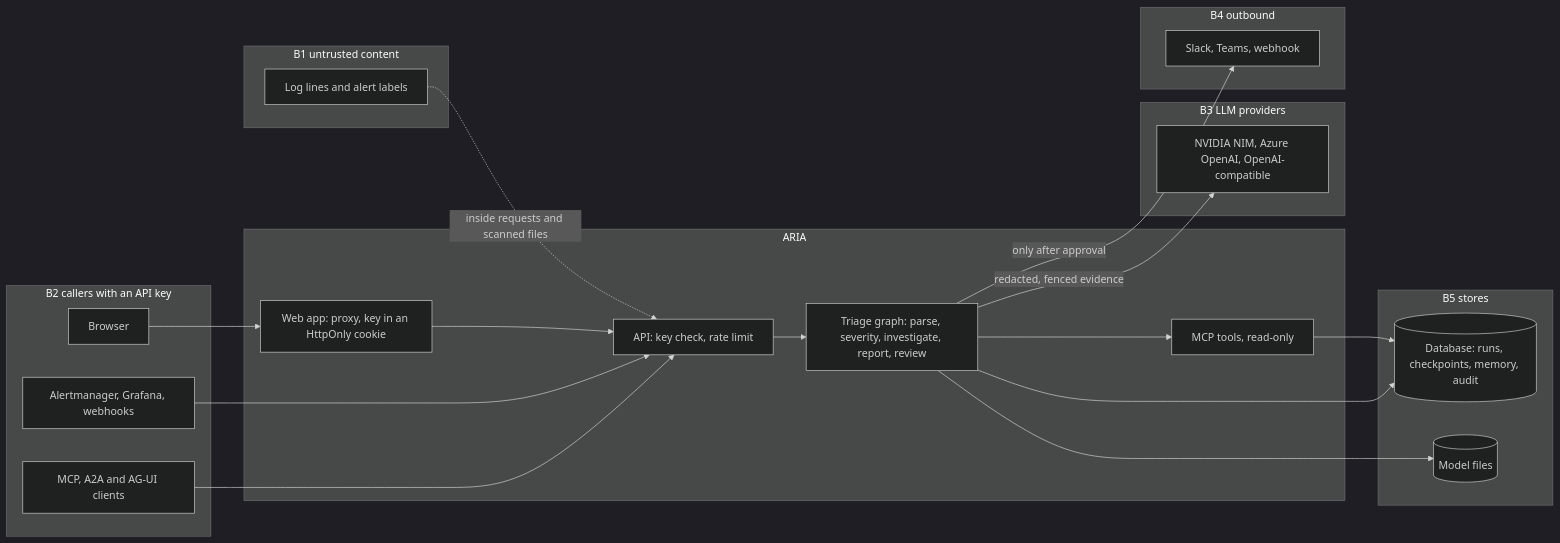
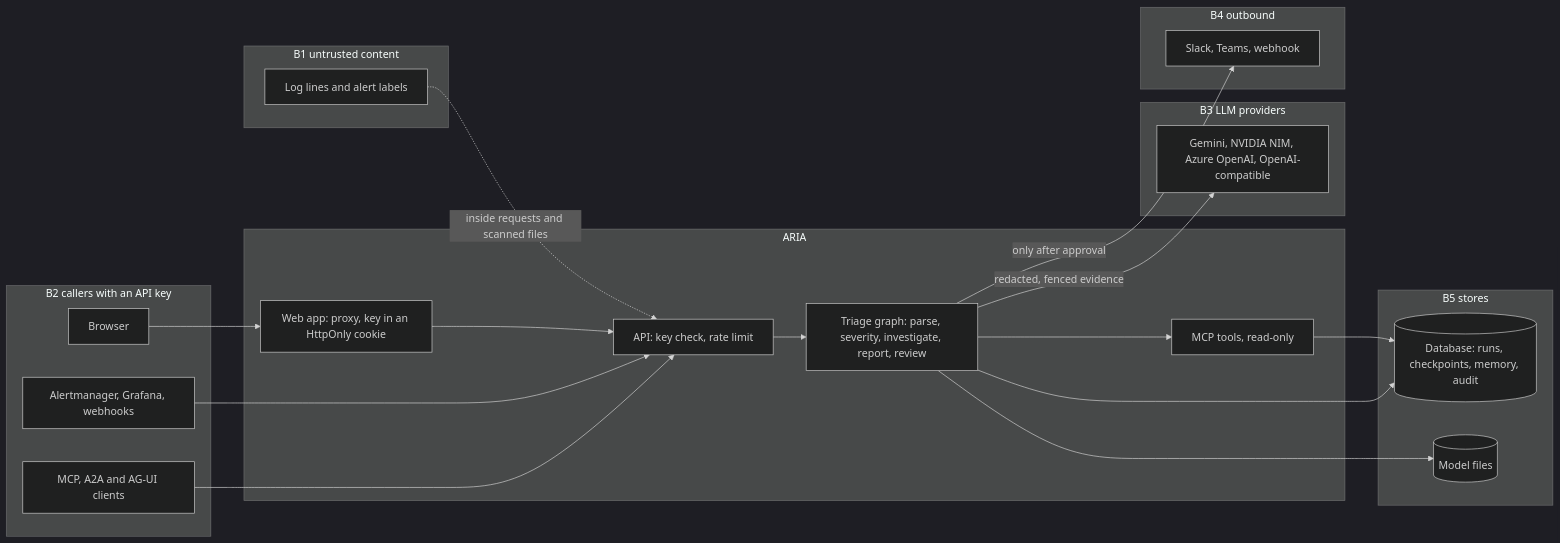
Before and after one commit to ManavParmar1609/ARIA: the diagram in docs/threat-model.md, drawn with Mermaid (dark theme). The commit also changed other lines of this file and 23 other files, not shown here.

````diff
--- a/docs/threat-model.md
+++ b/docs/threat-model.md
@@ -52,37 +52,37 @@
 ```mermaid
 flowchart LR
   subgraph B1["B1 untrusted content"]
     logs["Log lines and alert labels"]
   end
   subgraph B2["B2 callers with an API key"]
     browser["Browser"]
     senders["Alertmanager, Grafana, webhooks"]
     agents["MCP, A2A and AG-UI clients"]
   end
   subgraph aria["ARIA"]
     web["Web app: proxy, key in an HttpOnly cookie"]
     api["API: key check, rate limit"]
     triage["Triage graph: parse, severity, investigate, report, review"]
     tools["MCP tools, read-only"]
   end
   subgraph B5["B5 stores"]
     db[("Database: runs, checkpoints, memory, audit")]
     models[("Model files")]
   end
   subgraph B3["B3 LLM providers"]
-    llm["NVIDIA NIM, Azure OpenAI, OpenAI-compatible"]
+    llm["Gemini, NVIDIA NIM, Azure OpenAI, OpenAI-compatible"]
   end
   subgraph B4["B4 outbound"]
     out["Slack, Teams, webhook"]
   end
   logs -. "inside requests and scanned files" .-> api
   browser --> web --> api
   senders --> api
   agents --> api
   api --> triage
   triage --> tools --> db
   triage --> db
   triage --> models
   triage -- "redacted, fenced evidence" --> llm
   triage -- "only after approval" --> out
 ```
````
